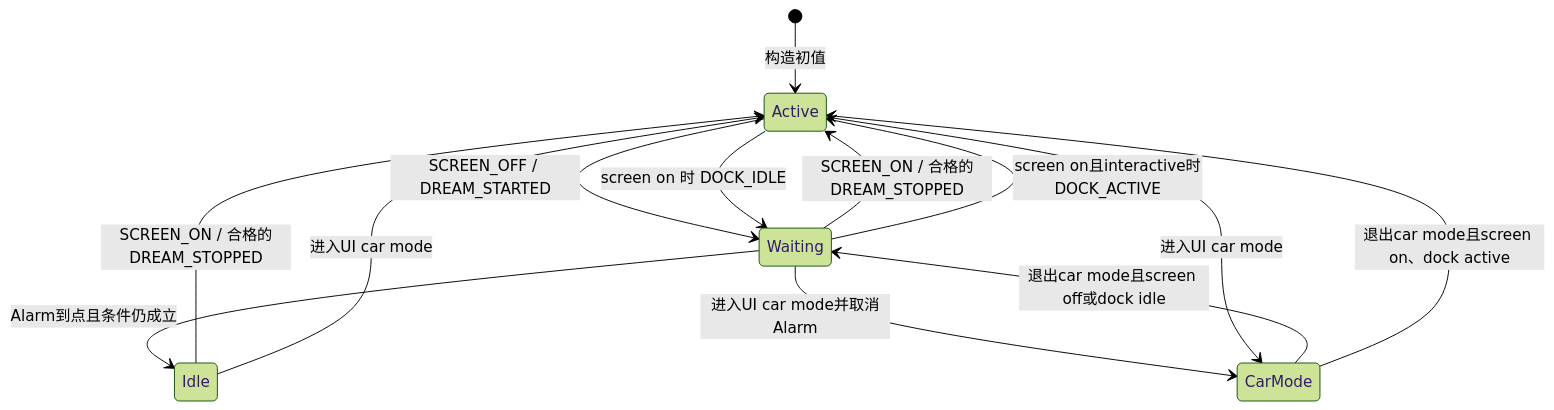
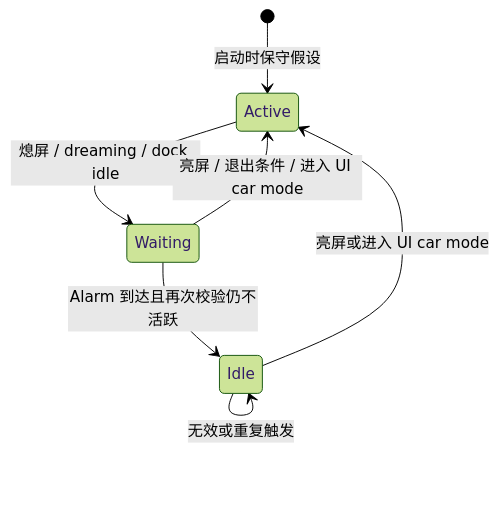
One commit to junyingzhao001/StudyNotes changed the second of 2 diagrams in Android源码学习/128-AndroidIdleController普通设备车机与空闲约束.md. Above: the diagram before and after it, drawn with Mermaid (forest theme). The commit also changed other lines of this file and 93 other files, not shown here.

````diff
--- a/Android源码学习/128-AndroidIdleController普通设备车机与空闲约束.md
+++ b/Android源码学习/128-AndroidIdleController普通设备车机与空闲约束.md
@@ -569,15 +191,9 @@
 ```mermaid
 stateDiagram-v2
-    [*] --> Active: 构造初值
-    Active --> Waiting: SCREEN_OFF / DREAM_STARTED
-    Active --> Waiting: screen on 时 DOCK_IDLE
-    Waiting --> Idle: Alarm到点且条件仍成立
-    Waiting --> Active: SCREEN_ON / 合格的DREAM_STOPPED
-    Waiting --> Active: screen on且interactive时DOCK_ACTIVE
-    Idle --> Active: SCREEN_ON / 合格的DREAM_STOPPED
-    Idle --> Active: 进入UI car mode
-    Waiting --> CarMode: 进入UI car mode并取消Alarm
-    Active --> CarMode: 进入UI car mode
-    CarMode --> Waiting: 退出car mode且screen off或dock idle
-    CarMode --> Active: 退出car mode且screen on、dock active
+    [*] --> Active: 启动时保守假设
+    Active --> Waiting: 熄屏 / dreaming / dock idle
+    Waiting --> Active: 亮屏 / 退出条件 / 进入 UI car mode
+    Waiting --> Idle: Alarm 到达且再次校验仍不活跃
+    Idle --> Active: 亮屏或进入 UI car mode
+    Idle --> Idle: 无效或重复触发
 ```
````
